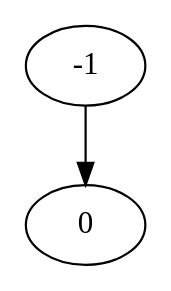
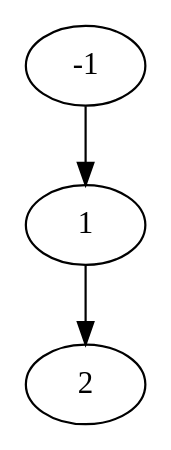
The diagram in src/systemtest/resources/mapFiles/negativeVertexID.dot (sleeepyskies/saarvive-selab23), drawn with Graphviz before and after one commit. The commit also changed 27 other files, not shown here.

```diff
--- a/src/systemtest/resources/mapFiles/negativeVertexID.dot
+++ b/src/systemtest/resources/mapFiles/negativeVertexID.dot
@@ -1,7 +1,9 @@
 digraph G {
-	0;
+	1;
 	-1;
+	2;
 
-	-1 -> 0 [village=Stuttgart; name=Chestnut_Avenue; heightLimit=3; weight=10; primaryType=mainStreet; secondaryType=none;];
+	-1 -> 1 [village=Stuttgart; name=Chestnut_Avenue; heightLimit=3; weight=10; primaryType=mainStreet; secondaryType=none;];
+	1 -> 2 [village=Stuttgart; name=Königstraße; heightLimit=3; weight=10; primaryType=sideStreet; secondaryType=none;];
 
 }
```
